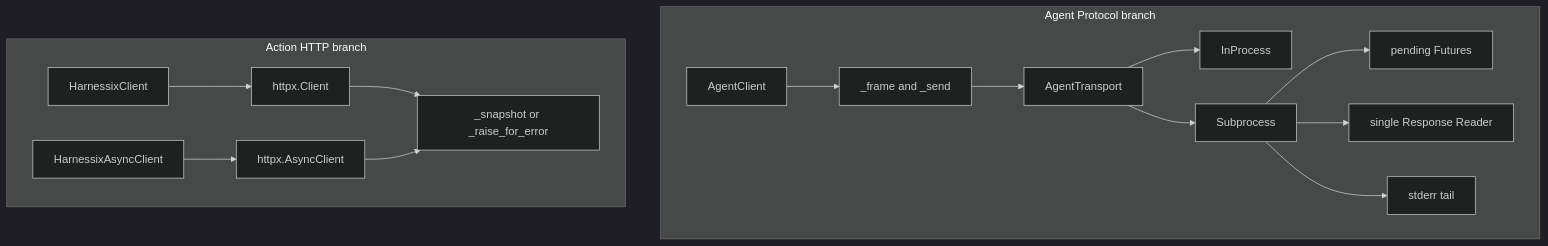
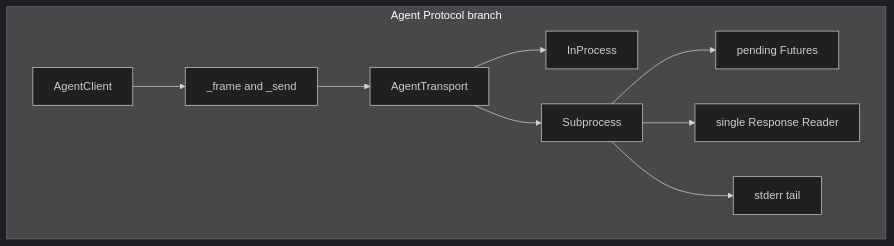
The second of 15 diagrams in docs/modules/sdk.md (carrie1988/Harnessix), drawn with Mermaid (dark theme) before and after one commit. The commit also changed other lines of this file and 82 other files, not shown here.

````diff
--- a/docs/modules/sdk.md
+++ b/docs/modules/sdk.md
@@ -188,18 +174,12 @@
 ```mermaid
 flowchart TB
     subgraph AgentBranch["Agent Protocol branch"]
         AC["AgentClient"] --> F["_frame and _send"]
         F --> AT["AgentTransport"]
         AT --> IP["InProcess"]
         AT --> SP["Subprocess"]
         SP --> Pending["pending Futures"]
         SP --> Reader["single Response Reader"]
         SP --> Err["stderr tail"]
     end
-    subgraph ActionBranch["Action HTTP branch"]
-        HC["HarnessixClient"] --> HX["httpx.Client"]
-        HAC["HarnessixAsyncClient"] --> HXA["httpx.AsyncClient"]
-        HX --> Parse["_snapshot or _raise_for_error"]
-        HXA --> Parse
-    end
 ```
````
